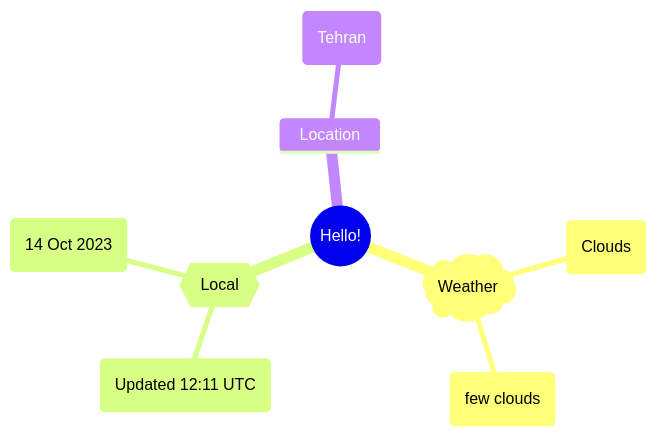
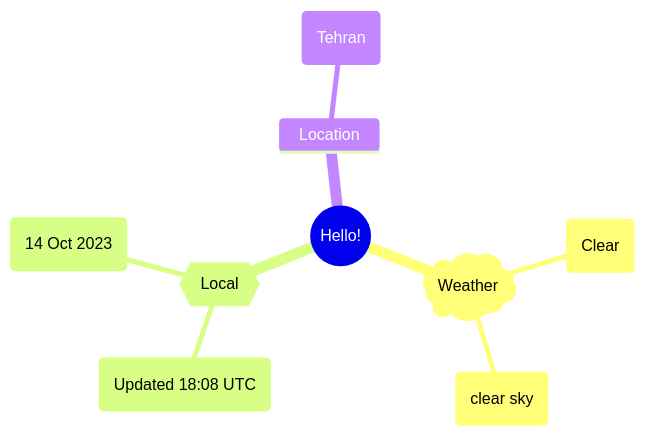
The first of 2 diagrams in README.md (Xosrov/Xosrov), drawn with Mermaid before and after one commit.

Commit message:
[bot] updated images

````diff
--- a/README.md
+++ b/README.md
@@ -3,12 +3,12 @@
 ```mermaid
 mindmap
   root((Hello!))
     )Weather(
-        (Clouds)
-        (few clouds)
+        (Clear)
+        (clear sky)
     {{Local}}
-        (Updated 12:11 UTC)
+        (Updated 18:08 UTC)
         (14 Oct 2023)
     Location
         (Tehran)
 ```
````
